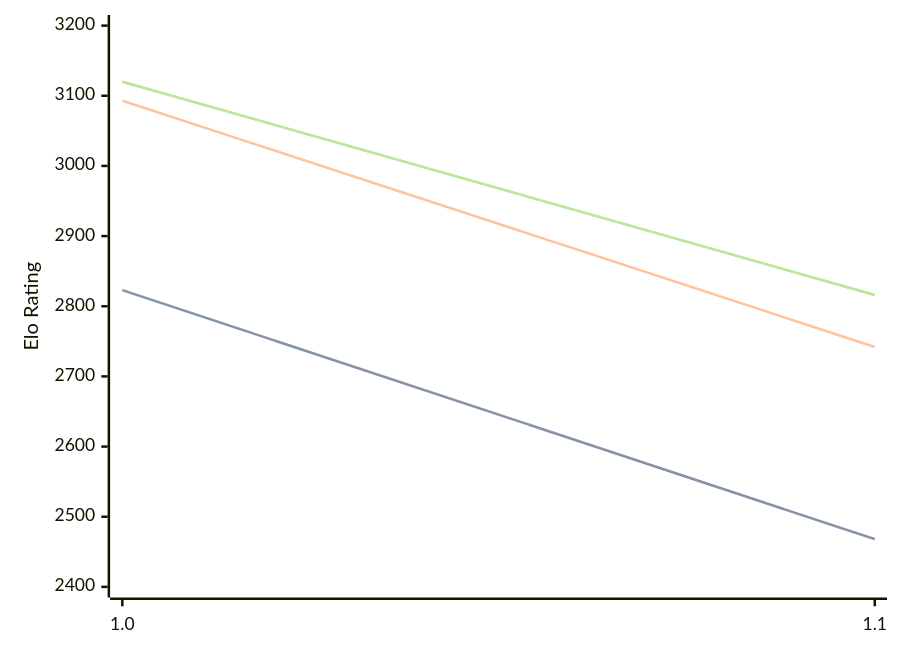
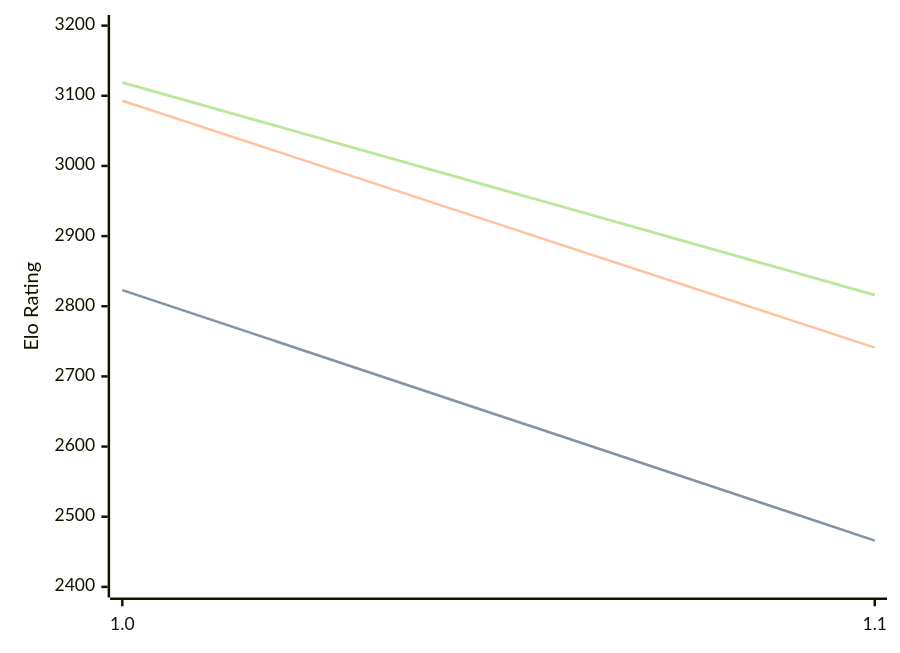
One commit to computer-chess-index/cci changed the third of 3 diagrams in engines/Publius.md. Above: the diagram before and after it, drawn with Mermaid. The commit also changed other lines of this file, not shown here.

Commit message:
Update CCI Ratings (ELO VLTC) - 2026-06-19

````diff
--- a/engines/Publius.md
+++ b/engines/Publius.md
@@ -65,11 +65,11 @@
 ```mermaid
 %%{init: {"theme":"base","themeVariables":{"seriesColors:['#a3a3a3','#222221','#faa371']}}}%%
 xychart-beta
   x-axis ["1.0", "1.1"]
   y-axis "Elo Rating" 2400 --> 3200
-  line "STC (8.0+0.08s)" [2823, 2468]
-  line "STC (8.0+0.08s)" [2823, 2468]
-  line "LTC (60.0+0.60s)" [3093, 2742]
-  line "VLTC (2m24s+1.12s)" [3120, 2816]
-  line "VLTC (2m24s+1.12s)" [3120, 2816]
+  line "STC (8.0+0.08s)" [2823, 2466]
+  line "STC (8.0+0.08s)" [2823, 2466]
+  line "LTC (60.0+0.60s)" [3093, 2741]
+  line "VLTC (2m24s+1.12s)" [3119, 2816]
+  line "VLTC (2m24s+1.12s)" [3119, 2816]
 ```
````
